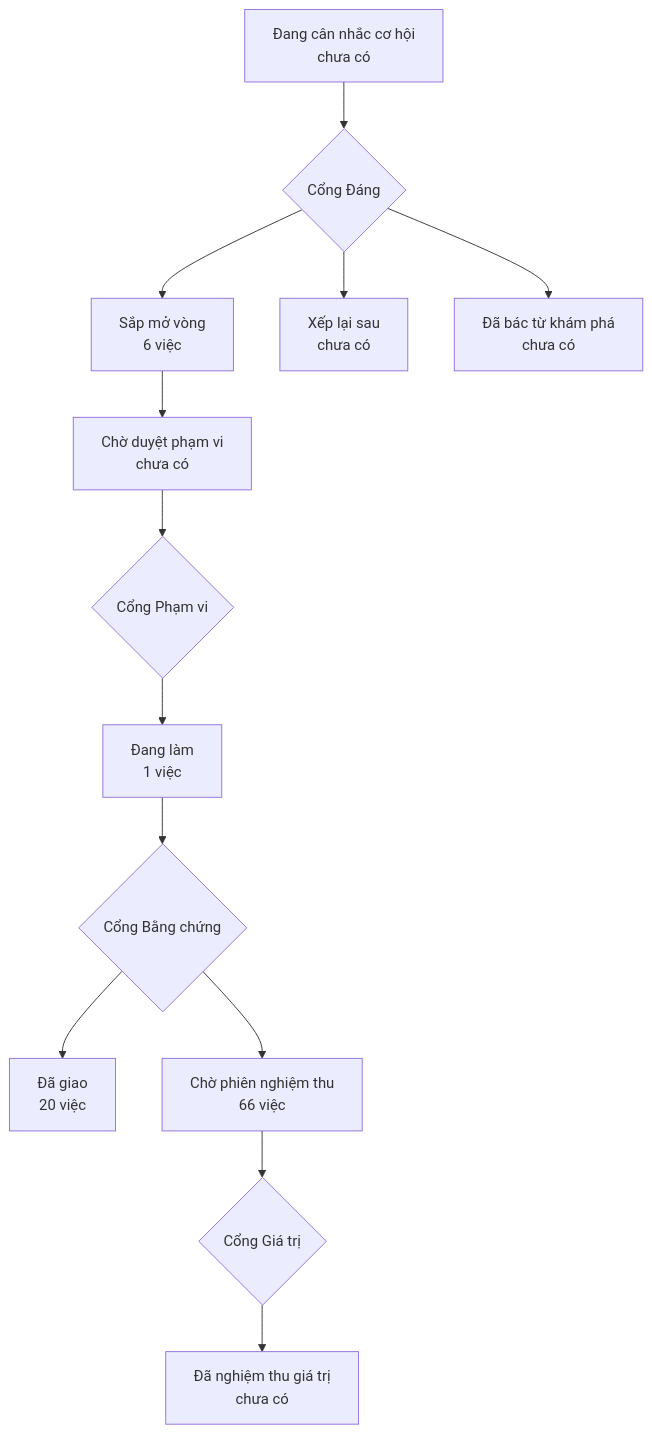
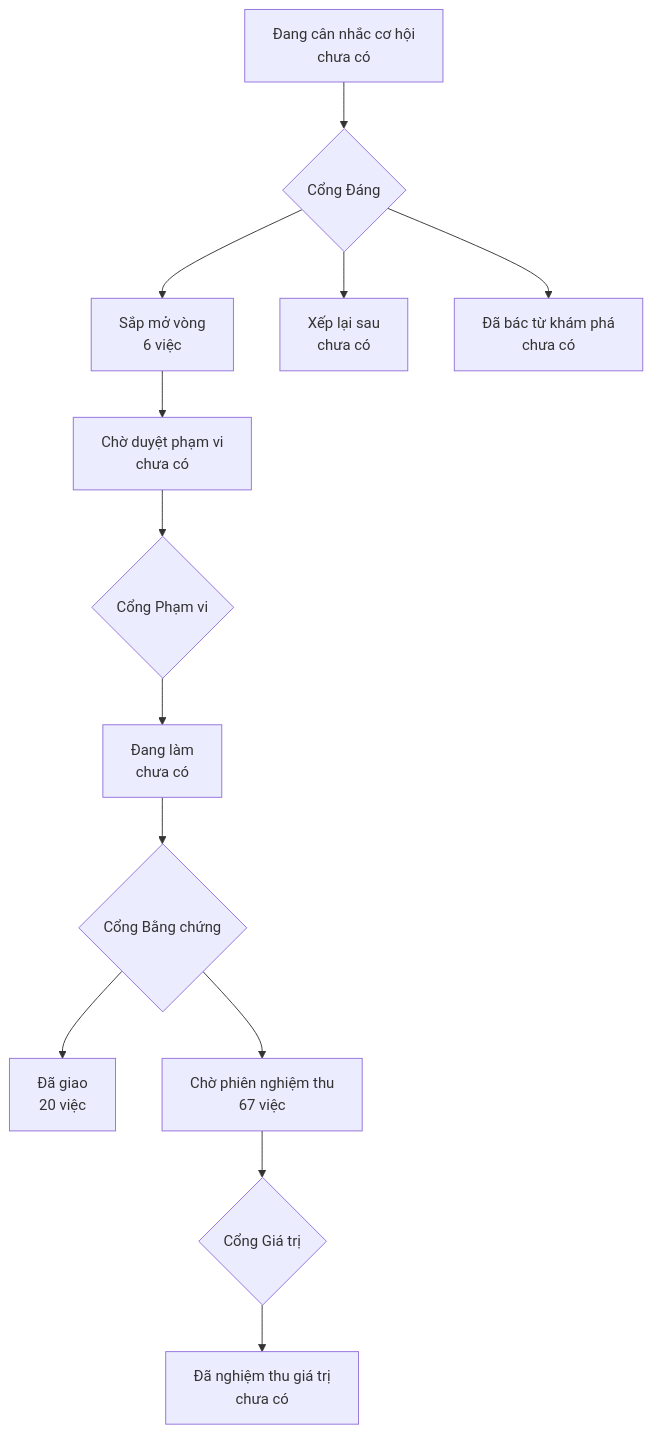
One commit to phanlemanh/onehub-quy-hang changed the diagram in PRODUCT-MAP.md. Above: the diagram before and after it, drawn with Mermaid. The commit also changed other lines of this file and 4 other files, not shown here.

````diff
--- a/PRODUCT-MAP.md
+++ b/PRODUCT-MAP.md
@@ -7,12 +7,12 @@
 ```mermaid
 flowchart TD
   A["Đang cân nhắc cơ hội<br/>chưa có"] --> GD{"Cổng Đáng"}
   GD --> B["Sắp mở vòng<br/>6 việc"]
   GD --> XL["Xếp lại sau<br/>chưa có"]
   GD --> DB["Đã bác từ khám phá<br/>chưa có"]
   B --> CD["Chờ duyệt phạm vi<br/>chưa có"] --> GP{"Cổng Phạm vi"}
-  GP --> DL["Đang làm<br/>1 việc"] --> GB{"Cổng Bằng chứng"}
+  GP --> DL["Đang làm<br/>chưa có"] --> GB{"Cổng Bằng chứng"}
   GB --> DG["Đã giao<br/>20 việc"]
-  GB --> CN["Chờ phiên nghiệm thu<br/>66 việc"] --> GG{"Cổng Giá trị"}
+  GB --> CN["Chờ phiên nghiệm thu<br/>67 việc"] --> GG{"Cổng Giá trị"}
   GG --> NT["Đã nghiệm thu giá trị<br/>chưa có"]
 ```
````
